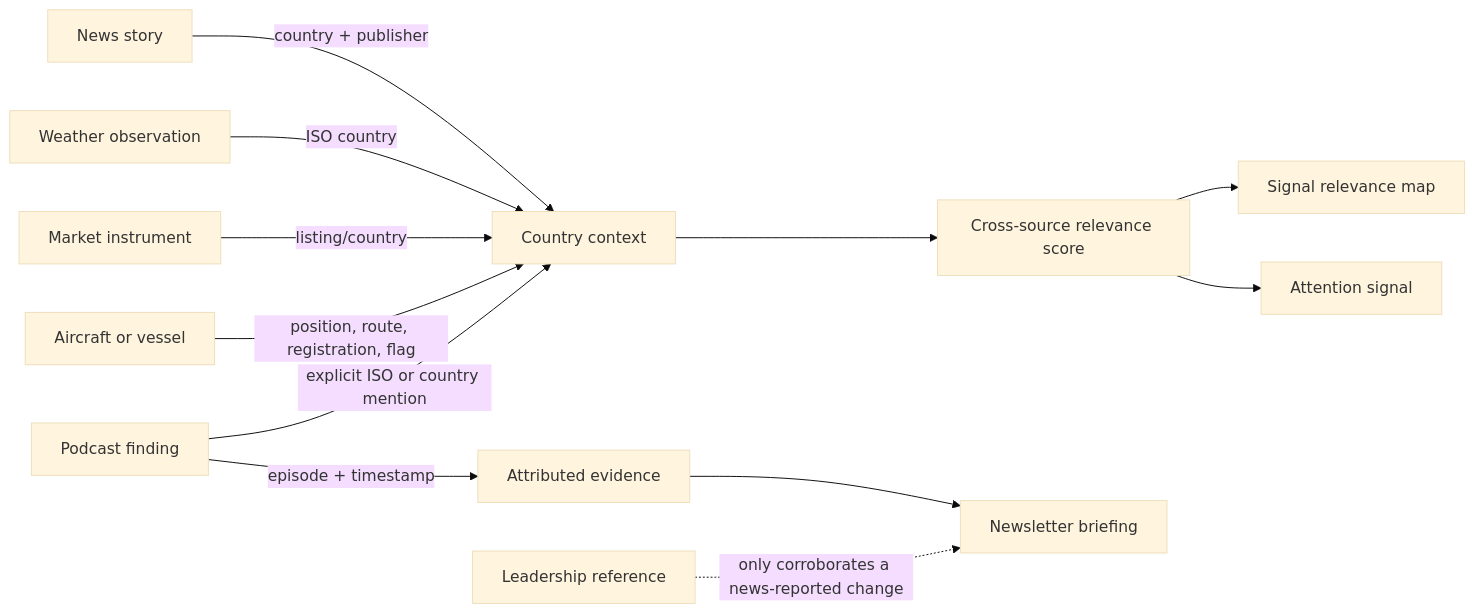
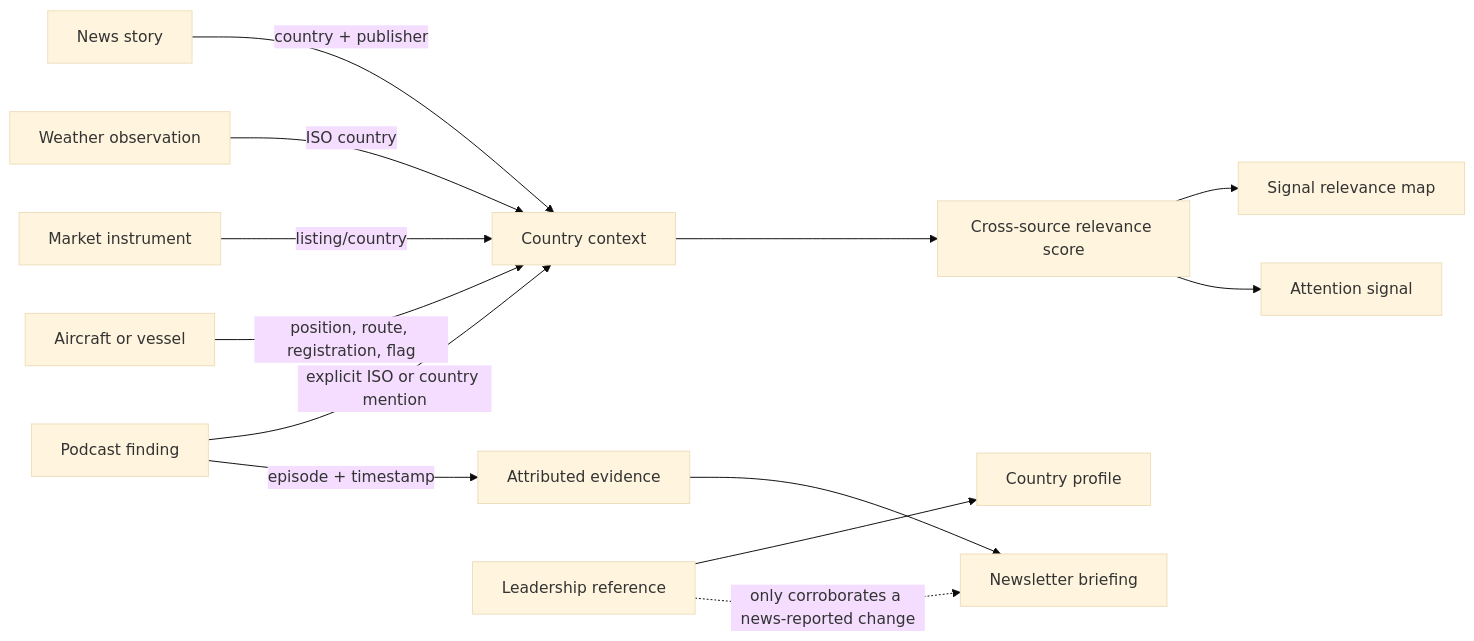
One commit to eojgroup/claritas changed the second of 2 diagrams in docs/architecture/cross-device-design.md. Above: the diagram before and after it, drawn with Mermaid (base theme). The commit also changed other lines of this file and 3 other files, not shown here.

Commit message:
Restore country leadership profile

````diff
--- a/docs/architecture/cross-device-design.md
+++ b/docs/architecture/cross-device-design.md
@@ -60,14 +62,15 @@
 ```mermaid
 flowchart LR
   Story[News story] -->|country + publisher| Country[Country context]
   Weather[Weather observation] -->|ISO country| Country
   Market[Market instrument] -->|listing/country| Country
   Transport[Aircraft or vessel] -->|position, route, registration, flag| Country
   Podcast[Podcast finding] -->|explicit ISO or country mention| Country
   Podcast -->|episode + timestamp| Evidence[Attributed evidence]
+  Leader[Leadership reference] --> Profile[Country profile]
   Country --> Score[Cross-source relevance score]
   Score --> Map[Signal relevance map]
   Score --> Queue[Attention signal]
   Evidence --> Brief[Newsletter briefing]
-  Leader[Leadership reference] -. only corroborates a news-reported change .-> Brief
+  Leader -. only corroborates a news-reported change .-> Brief
 ```
````
